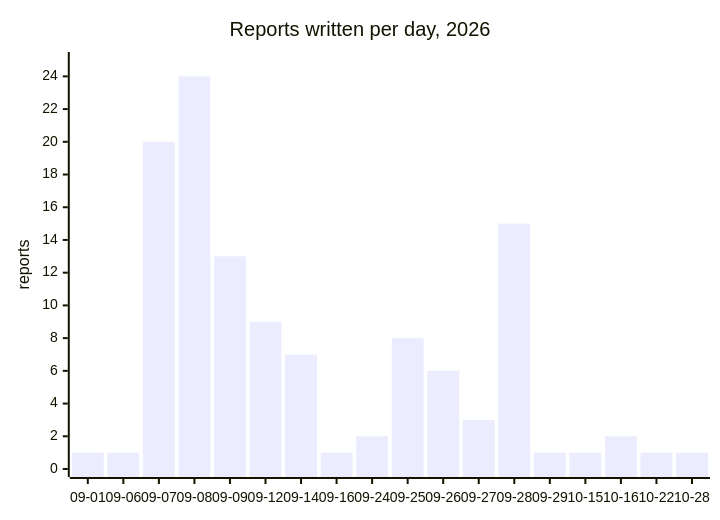
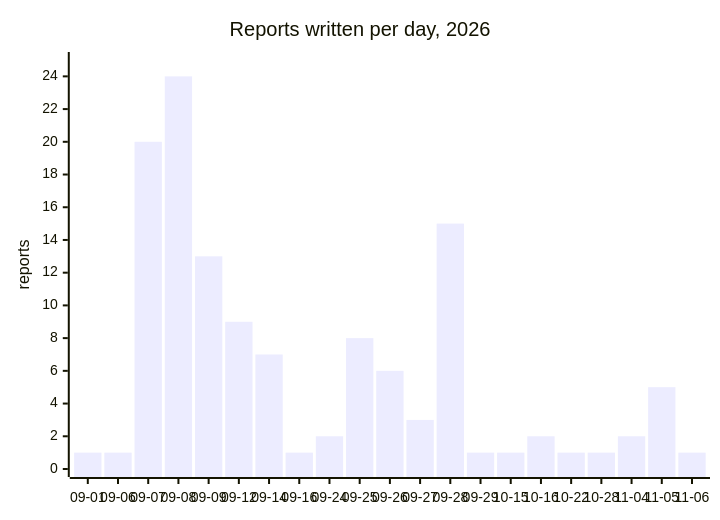
One commit to cluster2600/porscheparts changed the diagram in docs/reports/README.md. Above: the diagram before and after it, drawn with Mermaid. The commit also changed other lines of this file and 575 other files, not shown here.

````diff
--- a/docs/reports/README.md
+++ b/docs/reports/README.md
@@ -7,7 +7,7 @@
 ```mermaid
 xychart-beta
     title "Reports written per day, 2026"
-    x-axis ["09-01", "09-06", "09-07", "09-08", "09-09", "09-12", "09-14", "09-16", "09-24", "09-25", "09-26", "09-27", "09-28", "09-29", "10-15", "10-16", "10-22", "10-28"]
+    x-axis ["09-01", "09-06", "09-07", "09-08", "09-09", "09-12", "09-14", "09-16", "09-24", "09-25", "09-26", "09-27", "09-28", "09-29", "10-15", "10-16", "10-22", "10-28", "11-04", "11-05", "11-06"]
     y-axis "reports" 0 --> 25
-    bar [1, 1, 20, 24, 13, 9, 7, 1, 2, 8, 6, 3, 15, 1, 1, 2, 1, 1]
+    bar [1, 1, 20, 24, 13, 9, 7, 1, 2, 8, 6, 3, 15, 1, 1, 2, 1, 1, 2, 5, 1]
 ```
````
